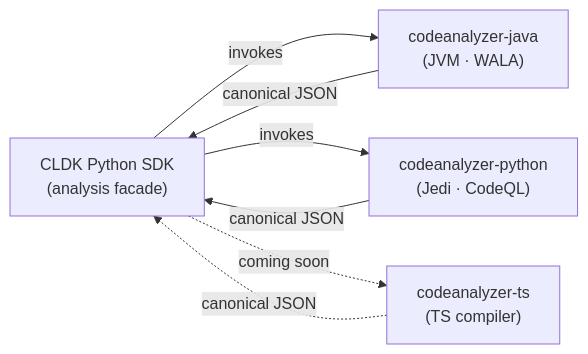
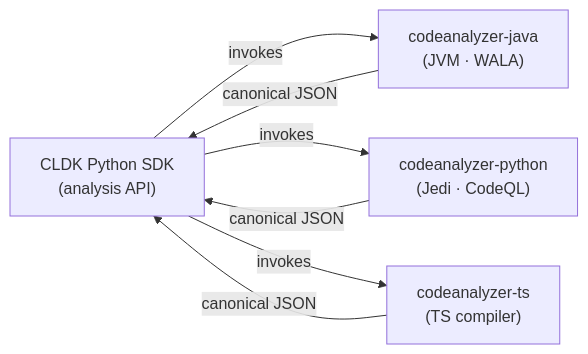
One commit to codellm-devkit/docs changed the diagram in src/content/docs/backends.mdx. Above: the diagram before and after it, drawn with Mermaid. The commit also changed other lines of this file and 28 other files, not shown here.

````diff
--- a/src/content/docs/backends.mdx
+++ b/src/content/docs/backends.mdx
@@ -10,9 +10,9 @@
 ```mermaid
 flowchart LR
-    SDK["CLDK Python SDK<br/>(analysis facade)"] -->|invokes| CAJ["codeanalyzer-java<br/>(JVM · WALA)"]
+    SDK["CLDK Python SDK<br/>(analysis API)"] -->|invokes| CAJ["codeanalyzer-java<br/>(JVM · WALA)"]
     SDK -->|invokes| CAP["codeanalyzer-python<br/>(Jedi · CodeQL)"]
-    SDK -.->|coming soon| CAT["codeanalyzer-ts<br/>(TS compiler)"]
+    SDK -->|invokes| CAT["codeanalyzer-ts<br/>(TS compiler)"]
     CAJ -->|canonical JSON| SDK
     CAP -->|canonical JSON| SDK
-    CAT -.->|canonical JSON| SDK
+    CAT -->|canonical JSON| SDK
 ```
````
